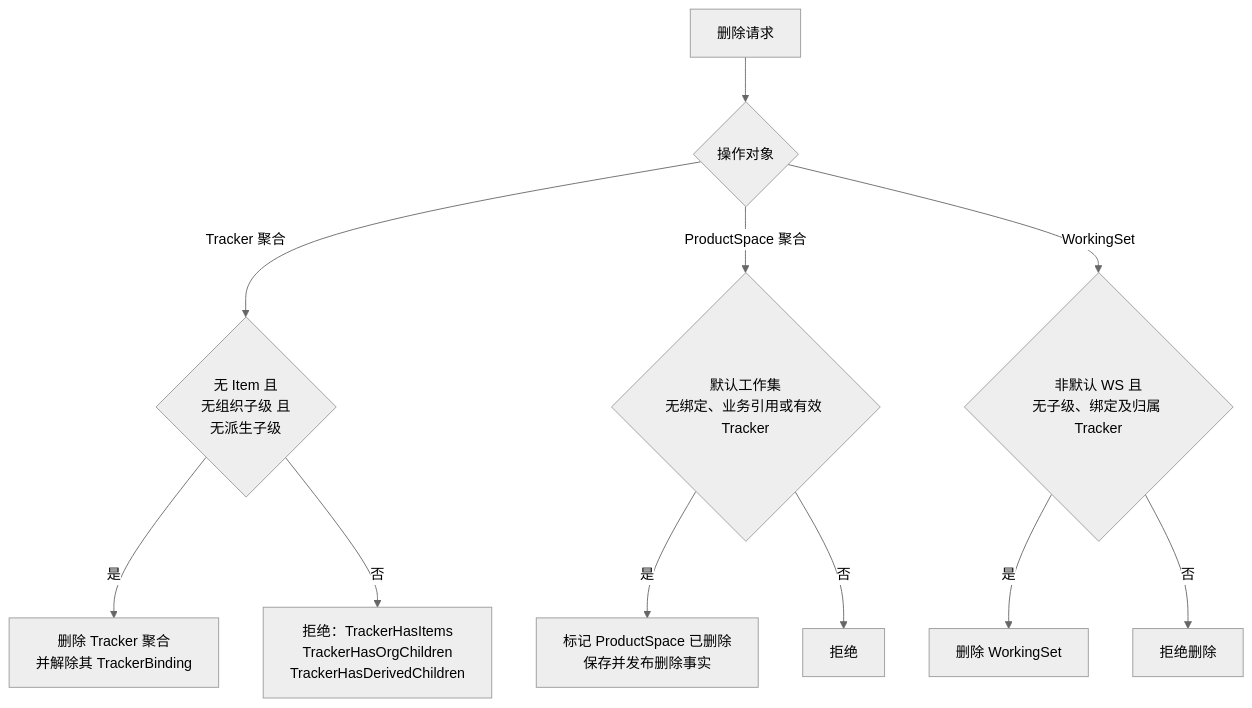
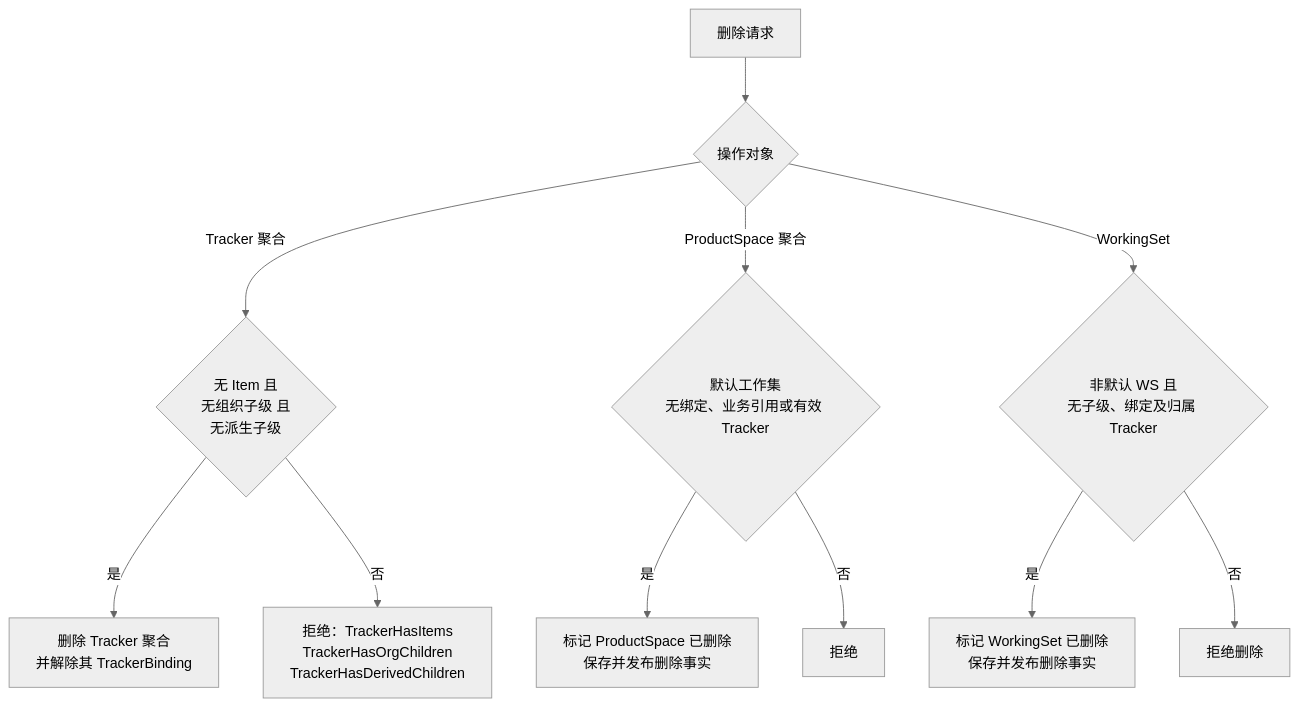
One commit to Greytrack/ddd-workingset changed the first of 4 diagrams in docs/working-set/10-diagrams/binding-lifecycle.md. Above: the diagram before and after it, drawn with Mermaid (neutral theme). The commit also changed other lines of this file and 28 other files, not shown here.

First line of the commit message:
feat(工作集) WorkingSet 删除改为软删并发布删除事实

````diff
--- a/docs/working-set/10-diagrams/binding-lifecycle.md
+++ b/docs/working-set/10-diagrams/binding-lifecycle.md
@@ -20,16 +20,16 @@
 ```mermaid
 flowchart TD
     A["删除请求"] --> B{"操作对象"}
 
     B -->|"Tracker 聚合"| G{"无 Item 且<br/>无组织子级 且<br/>无派生子级"}
     G -->|"是"| G1["删除 Tracker 聚合<br/>并解除其 TrackerBinding"]
     G -->|"否"| G2["拒绝：TrackerHasItems<br/>TrackerHasOrgChildren<br/>TrackerHasDerivedChildren"]
 
     B -->|"ProductSpace 聚合"| D{"默认工作集<br/>无绑定、业务引用或有效 Tracker"}
     D -->|"是"| D1["标记 ProductSpace 已删除<br/>保存并发布删除事实"]
     D -->|"否"| D2["拒绝"]
 
     B -->|"WorkingSet"| E{"非默认 WS 且<br/>无子级、绑定及归属 Tracker"}
-    E -->|"是"| E1["删除 WorkingSet"]
+    E -->|"是"| E1["标记 WorkingSet 已删除<br/>保存并发布删除事实"]
     E -->|"否"| E2["拒绝删除"]
 ```
````
